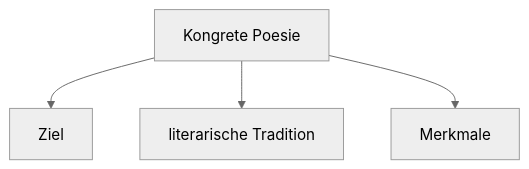
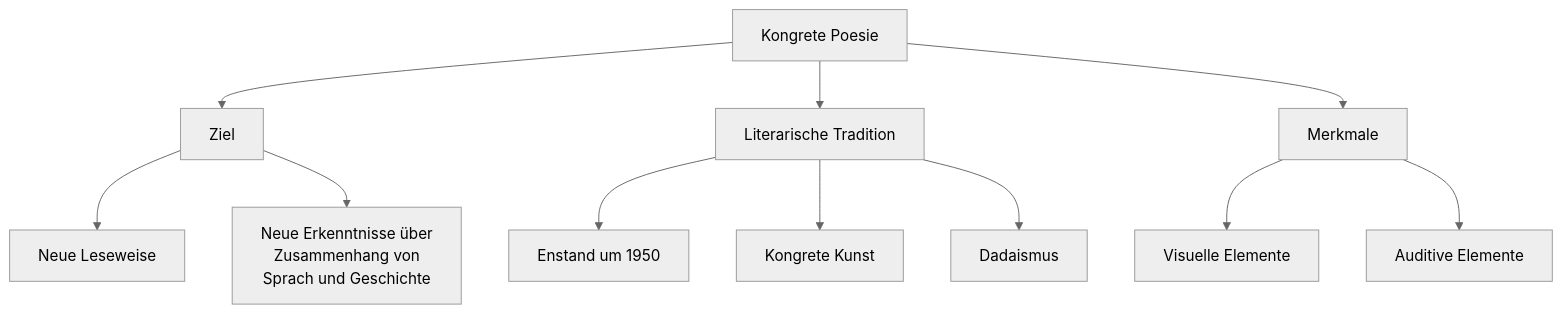
Before and after one commit to Kiyotoko/vault-sek2: the diagram in Abi 2024/Deutsch/Tasks.md, drawn with Mermaid (neutral theme).

Commit message:
vault backup: 2023-03-14 11:06:52

```diff
--- a/Abi 2024/Deutsch/Tasks.md
+++ b/Abi 2024/Deutsch/Tasks.md
@@ -472,7 +472,14 @@
 ~~~mermaid
 graph TB
 A[Kongrete Poesie]
 A-->A0[Ziel]
-A-->A1[literarische Tradition]
+A-->A1[Literarische Tradition]
 A-->A2[Merkmale]
+A0-->A00[Neue Leseweise]
+A0-->A01[Neue Erkenntnisse über<br>Zusammenhang von<br>Sprach und Geschichte]
+A1-->A10[Enstand um 1950]
+A1-->A11[Kongrete Kunst]
+A1-->A12[Dadaismus]
+A2-->A20[Visuelle Elemente]
+A2-->A21[Auditive Elemente]
 ~~~
```
